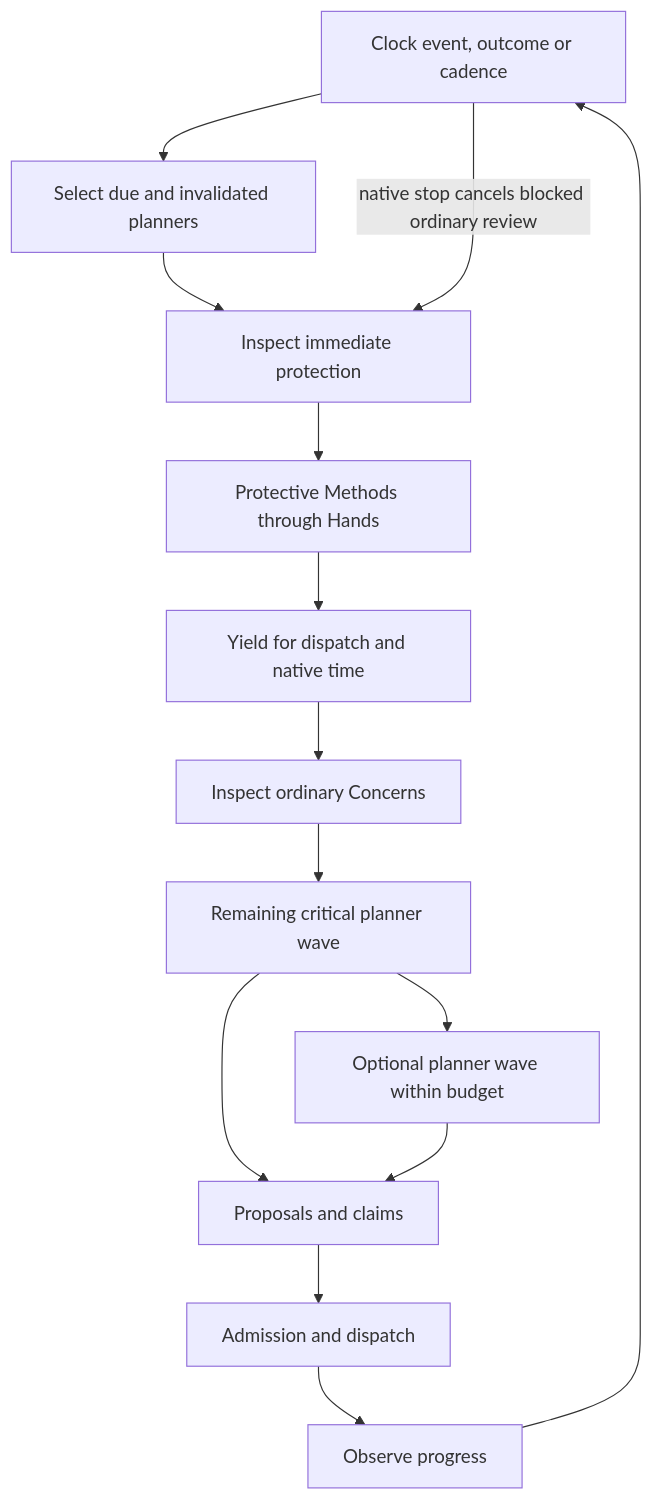
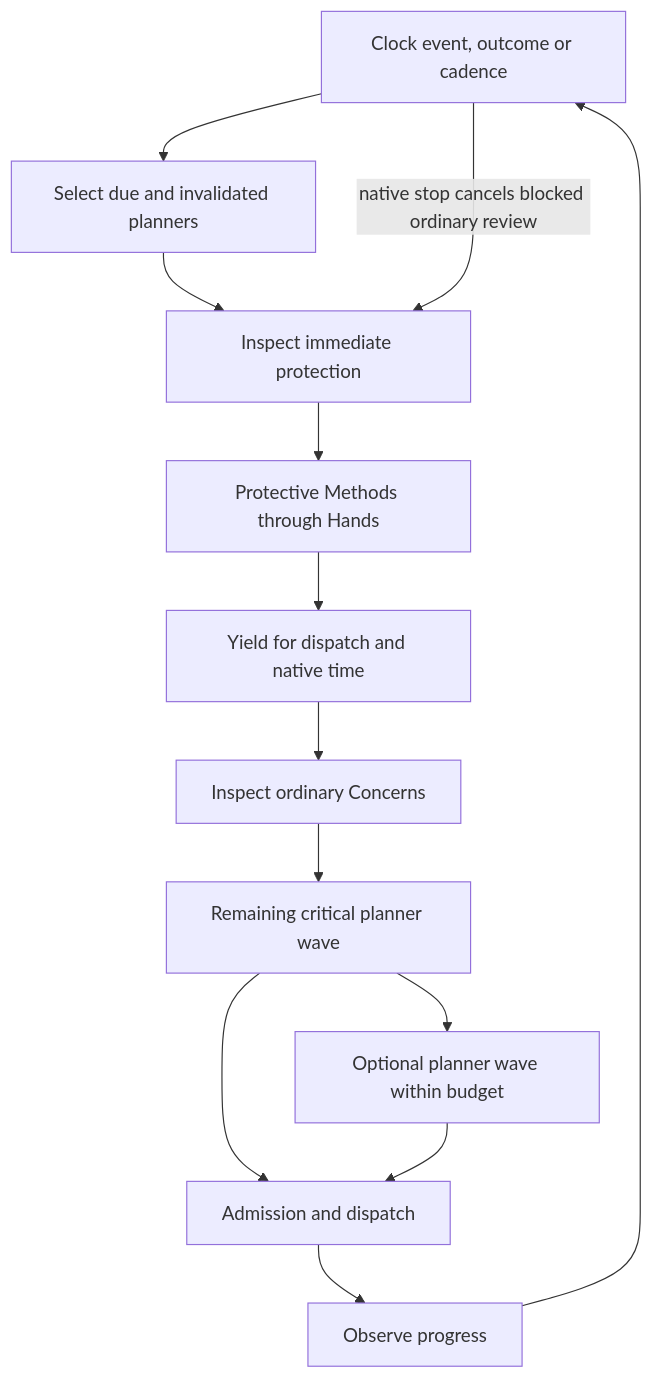
One commit to davidarcher/rimgovernor changed the first of 2 diagrams in docs/developers/architecture/control-loop.md. Above: the diagram before and after it, drawn with Mermaid. The commit also changed other lines of this file and 163 other files, not shown here.

````diff
--- a/docs/developers/architecture/control-loop.md
+++ b/docs/developers/architecture/control-loop.md
@@ -38,16 +38,15 @@
 ```mermaid
 flowchart TD
     Event[Clock event, outcome or cadence] --> Queue[Select due and invalidated planners]
     Queue --> Immediate[Inspect immediate protection]
     Immediate --> Protection[Protective Methods through Hands]
     Protection --> Advance[Yield for dispatch and native time]
     Advance --> Round[Inspect ordinary Concerns]
     Round --> Critical[Remaining critical planner wave]
     Critical --> Optional[Optional planner wave within budget]
-    Critical --> Proposals[Proposals and claims]
-    Optional --> Proposals
-    Proposals --> Admit[Admission and dispatch]
+    Critical --> Admit[Admission and dispatch]
+    Optional --> Admit
     Admit --> Observe[Observe progress]
     Observe --> Event
     Event -->|native stop cancels blocked ordinary review| Immediate
 ```
````
